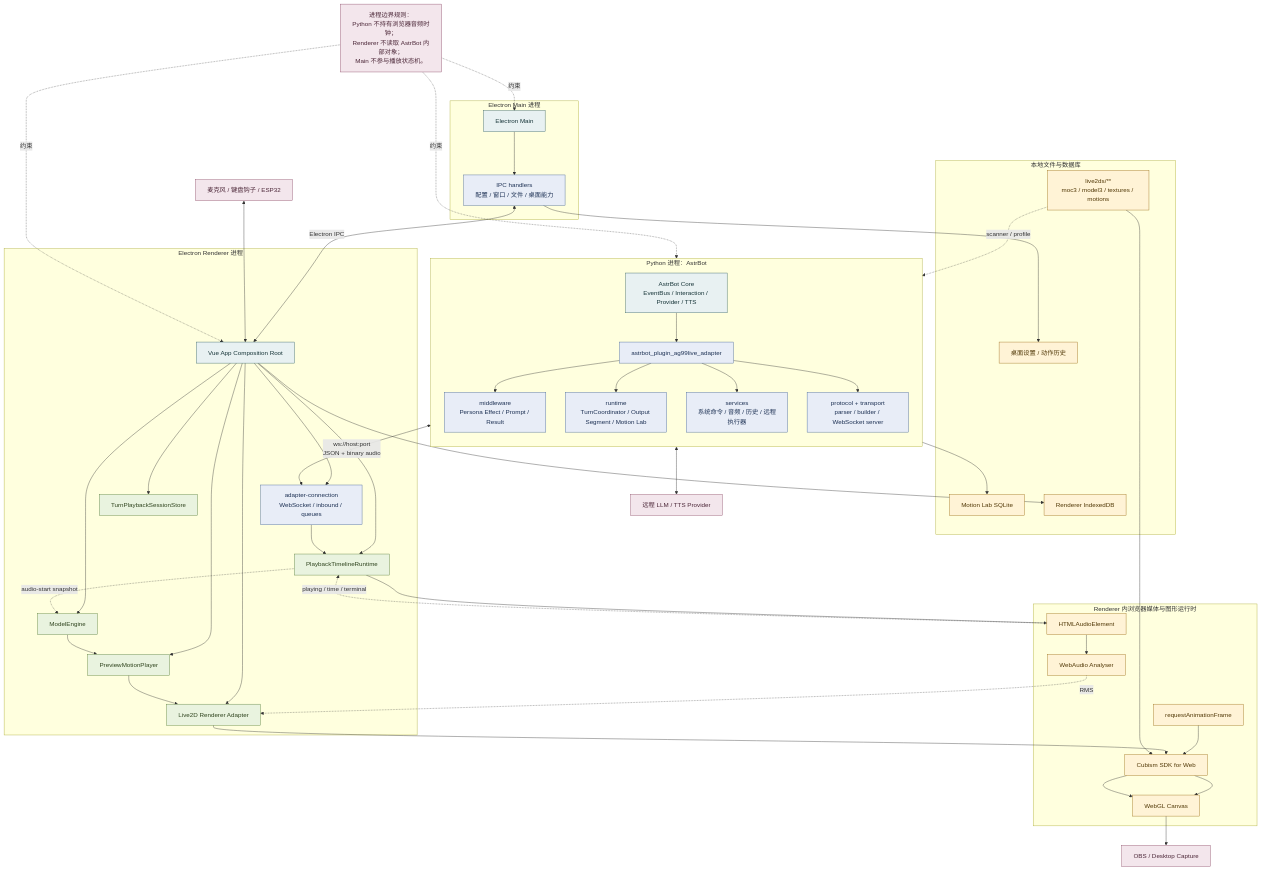
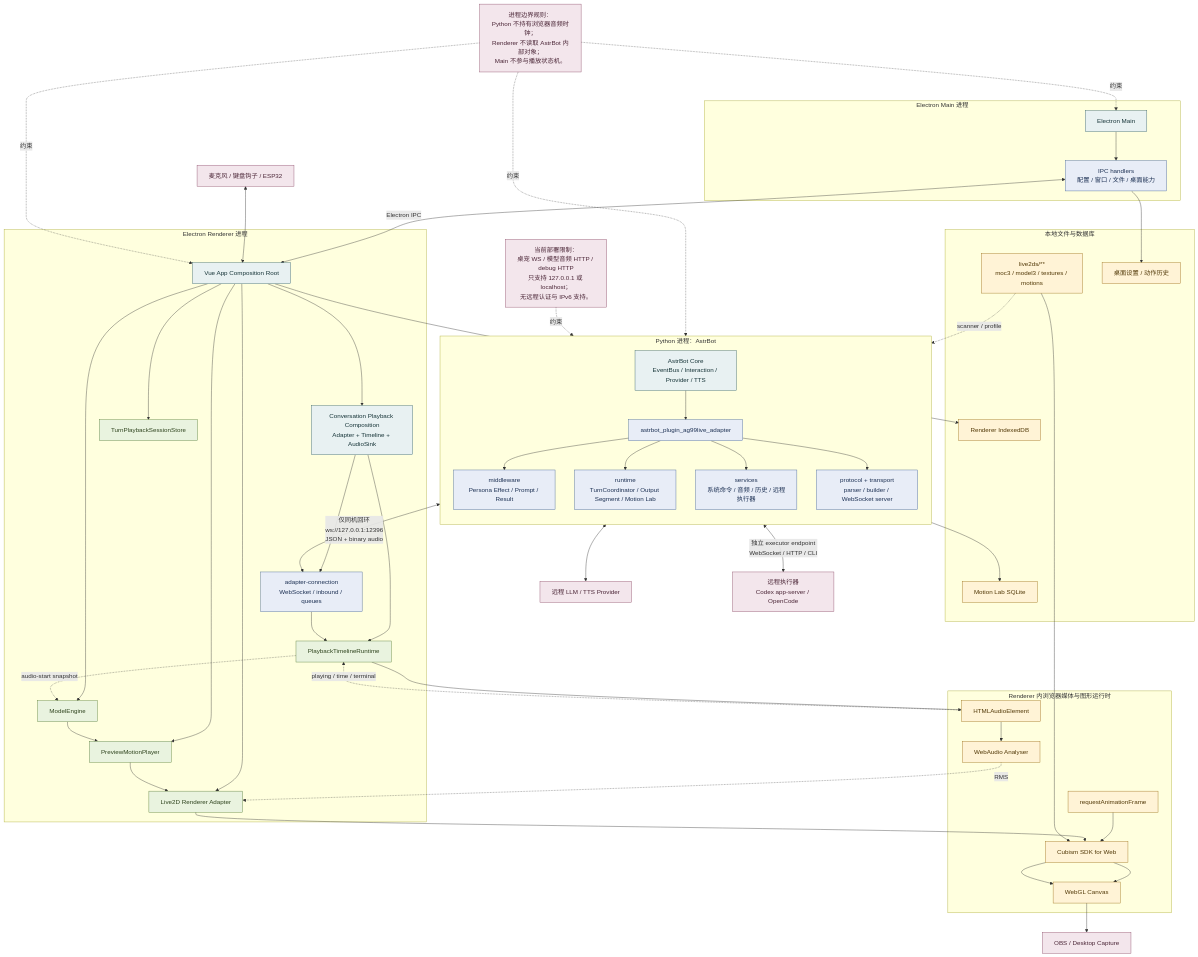
The diagram in docs/04-流程图与分析图/02-部署与进程边界图.mmd (murphys7017/AG99live), drawn with Mermaid before and after one commit. The commit also changed 24 other files, not shown here.

Commit message:
docs: align runtime architecture and motion roadmap

```diff
--- a/docs/04-流程图与分析图/02-部署与进程边界图.mmd
+++ b/docs/04-流程图与分析图/02-部署与进程边界图.mmd
@@ -1,88 +1,94 @@
 flowchart TB
     classDef process fill:#e8f1f2,stroke:#2f5d62,color:#163438
     classDef module fill:#e8edf7,stroke:#3e5f93,color:#1d3154
     classDef runtime fill:#e9f3df,stroke:#557a35,color:#2e431d
     classDef io fill:#fff3d6,stroke:#9a6b14,color:#513807
     classDef external fill:#f3e6ec,stroke:#8b4865,color:#4b2637
 
     subgraph PY[Python 进程：AstrBot]
         direction TB
         PYCORE[AstrBot Core<br/>EventBus / Interaction / Provider / TTS]:::process
         PLUGIN[astrbot_plugin_ag99live_adapter]:::module
         MW[middleware<br/>Persona Effect / Prompt / Result]:::module
         RT[runtime<br/>TurnCoordinator / Output Segment / Motion Lab]:::module
         SVC[services<br/>系统命令 / 音频 / 历史 / 远程执行器]:::module
         PROTO[protocol + transport<br/>parser / builder / WebSocket server]:::module
         PYCORE --> PLUGIN
         PLUGIN --> MW
         PLUGIN --> RT
         PLUGIN --> SVC
         PLUGIN --> PROTO
     end
 
     subgraph MAIN[Electron Main 进程]
         MAINPROC[Electron Main]:::process
         IPC[IPC handlers<br/>配置 / 窗口 / 文件 / 桌面能力]:::module
         MAINPROC --> IPC
     end
 
     subgraph RENDER[Electron Renderer 进程]
         APP[Vue App Composition Root]:::process
+        PLAYBACK[Conversation Playback Composition<br/>Adapter + Timeline + AudioSink]:::process
         ADAPTER[adapter-connection<br/>WebSocket / inbound / queues]:::module
         STORE[TurnPlaybackSessionStore]:::runtime
         TL[PlaybackTimelineRuntime]:::runtime
         ENGINE[ModelEngine]:::runtime
         PLAYER[PreviewMotionPlayer]:::runtime
         L2D[Live2D Renderer Adapter]:::runtime
-        APP --> ADAPTER
+        APP --> PLAYBACK
+        PLAYBACK --> ADAPTER
         APP --> STORE
-        APP --> TL
+        PLAYBACK --> TL
         APP --> ENGINE
         APP --> PLAYER
         APP --> L2D
     end
 
     subgraph BROWSER[Renderer 内浏览器媒体与图形运行时]
         MEDIA[HTMLAudioElement]:::io
         WEBAUDIO[WebAudio Analyser]:::io
         WEBGL[WebGL Canvas]:::io
         CUBISM[Cubism SDK for Web]:::io
         RAF[requestAnimationFrame]:::io
         MEDIA --> WEBAUDIO
         CUBISM --> WEBGL
         RAF --> CUBISM
     end
 
     subgraph FS[本地文件与数据库]
         MODELS[live2ds/**<br/>moc3 / model3 / textures / motions]:::io
         DB[Motion Lab SQLite]:::io
         IDB[Renderer IndexedDB]:::io
         SETTINGS[桌面设置 / 动作历史]:::io
     end
 
     PROVIDERS[远程 LLM / TTS Provider]:::external
+    EXECUTOR[远程执行器<br/>Codex app-server / OpenCode]:::external
     OBS[OBS / Desktop Capture]:::external
     DEVICE[麦克风 / 键盘钩子 / ESP32]:::external
 
     PYCORE <--> PROVIDERS
-    PROTO <-->|ws://host:port<br/>JSON + binary audio| ADAPTER
+    RT <-->|独立 executor endpoint<br/>WebSocket / HTTP / CLI| EXECUTOR
+    PROTO <-->|仅同机回环<br/>ws://127.0.0.1:12396<br/>JSON + binary audio| ADAPTER
     IPC <-->|Electron IPC| APP
     ADAPTER --> TL
     TL --> MEDIA
     MEDIA -.playing / time / terminal.-> TL
     WEBAUDIO -.RMS.-> L2D
     ENGINE --> PLAYER --> L2D --> CUBISM
     TL -.audio-start snapshot.-> ENGINE
     CUBISM --> WEBGL --> OBS
 
     MODELS --> CUBISM
     MODELS -.scanner / profile.-> PLUGIN
     RT --> DB
     APP --> IDB
     IPC --> SETTINGS
     DEVICE <--> APP
 
     note1[进程边界规则：<br/>Python 不持有浏览器音频时钟；<br/>Renderer 不读取 AstrBot 内部对象；<br/>Main 不参与播放状态机。]:::external
+    note2[当前部署限制：<br/>桌宠 WS / 模型音频 HTTP / debug HTTP<br/>只支持 127.0.0.1 或 localhost；<br/>无远程认证与 IPv6 支持。]:::external
     note1 -.约束.-> PYCORE
     note1 -.约束.-> APP
     note1 -.约束.-> MAINPROC
+    note2 -.约束.-> PROTO
```
